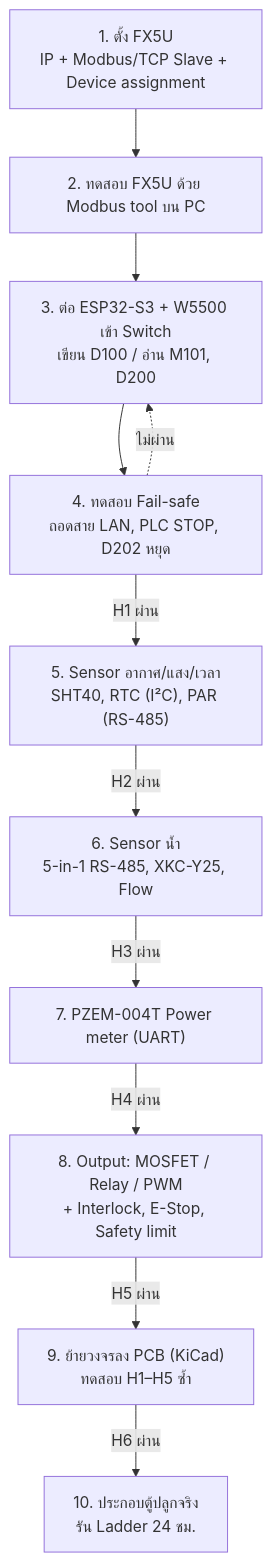
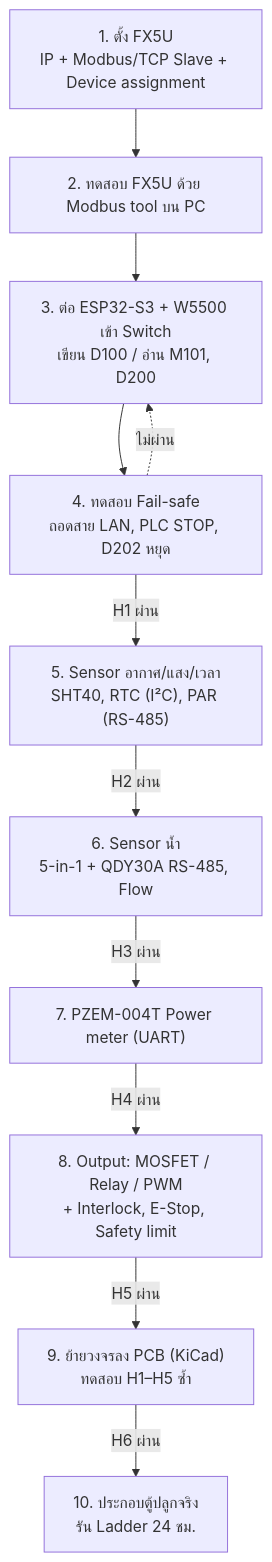
One commit to aplab-workshop/green-oak-plant-lab changed the fourth of 4 diagrams in docs/HARDWARE-FLOW.md. Above: the diagram before and after it, drawn with Mermaid. The commit also changed other lines of this file and 3 other files, not shown here.

Commit message:
docs(hw): water level back to QDY30A hydrostatic RS485 (addr 3); drop XKC-Y25; pin budget 21 GPIO

````diff
--- a/docs/HARDWARE-FLOW.md
+++ b/docs/HARDWARE-FLOW.md
@@ -96,14 +96,14 @@
 ```mermaid
 flowchart TB
     S1["1. ตั้ง FX5U<br/>IP + Modbus/TCP Slave + Device assignment"] --> S2["2. ทดสอบ FX5U ด้วย Modbus tool บน PC"]
     S2 --> S3["3. ต่อ ESP32-S3 + W5500 เข้า Switch<br/>เขียน D100 / อ่าน M101, D200"]
     S3 --> S4["4. ทดสอบ Fail-safe<br/>ถอดสาย LAN, PLC STOP, D202 หยุด"]
     S4 -->|H1 ผ่าน| S5["5. Sensor อากาศ/แสง/เวลา<br/>SHT40, RTC (I²C), PAR (RS-485)"]
-    S5 -->|H2 ผ่าน| S6["6. Sensor น้ำ<br/>5-in-1 RS-485, XKC-Y25, Flow"]
+    S5 -->|H2 ผ่าน| S6["6. Sensor น้ำ<br/>5-in-1 + QDY30A RS-485, Flow"]
     S6 -->|H3 ผ่าน| S7["7. PZEM-004T Power meter (UART)"]
     S7 -->|H4 ผ่าน| S8["8. Output: MOSFET / Relay / PWM<br/>+ Interlock, E-Stop, Safety limit"]
     S8 -->|H5 ผ่าน| S9["9. ย้ายวงจรลง PCB (KiCad)<br/>ทดสอบ H1–H5 ซ้ำ"]
     S9 -->|H6 ผ่าน| S10["10. ประกอบตู้ปลูกจริง<br/>รัน Ladder 24 ชม."]
 
     S4 -. "ไม่ผ่าน" .-> S3
 ```
````
